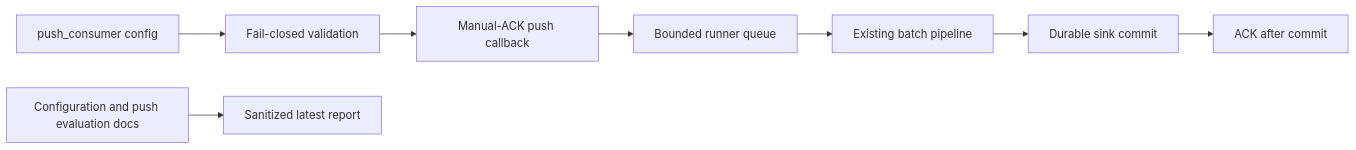
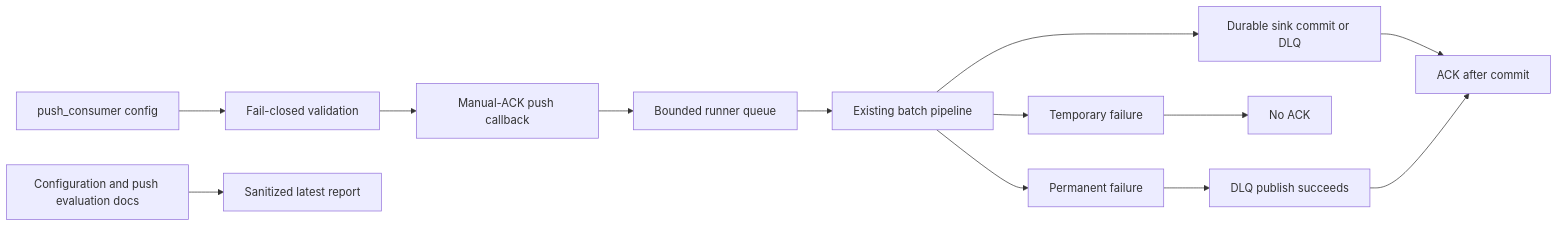
One commit to ProjectCuillin/nats-sinks changed the diagram in docs/test-report.md. Above: the diagram before and after it, drawn with Mermaid. The commit also changed other lines of this file and 14 other files, not shown here.

````diff
--- a/docs/test-report.md
+++ b/docs/test-report.md
@@ -33,10 +34,15 @@
 ```mermaid
 flowchart LR
     PushConfig[push_consumer config] --> Guardrails[Fail-closed validation]
     Guardrails --> Callback[Manual-ACK push callback]
     Callback --> Queue[Bounded runner queue]
     Queue --> Pipeline[Existing batch pipeline]
-    Pipeline --> Sink[Durable sink commit]
+    Pipeline --> Sink[Durable sink commit or DLQ]
     Sink --> Ack[ACK after commit]
+    Pipeline --> TempFailure[Temporary failure]
+    TempFailure --> NoAck[No ACK]
+    Pipeline --> PermanentFailure[Permanent failure]
+    PermanentFailure --> DLQ[DLQ publish succeeds]
+    DLQ --> Ack
     Docs[Configuration and push evaluation docs] --> Report[Sanitized latest report]
 ```
````
